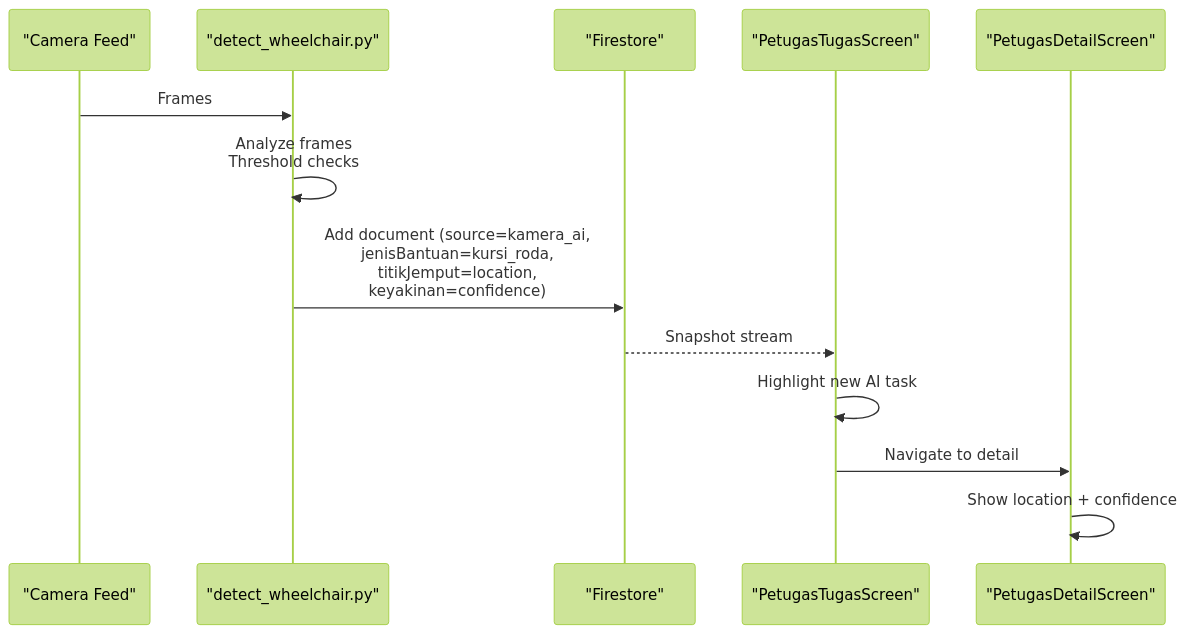
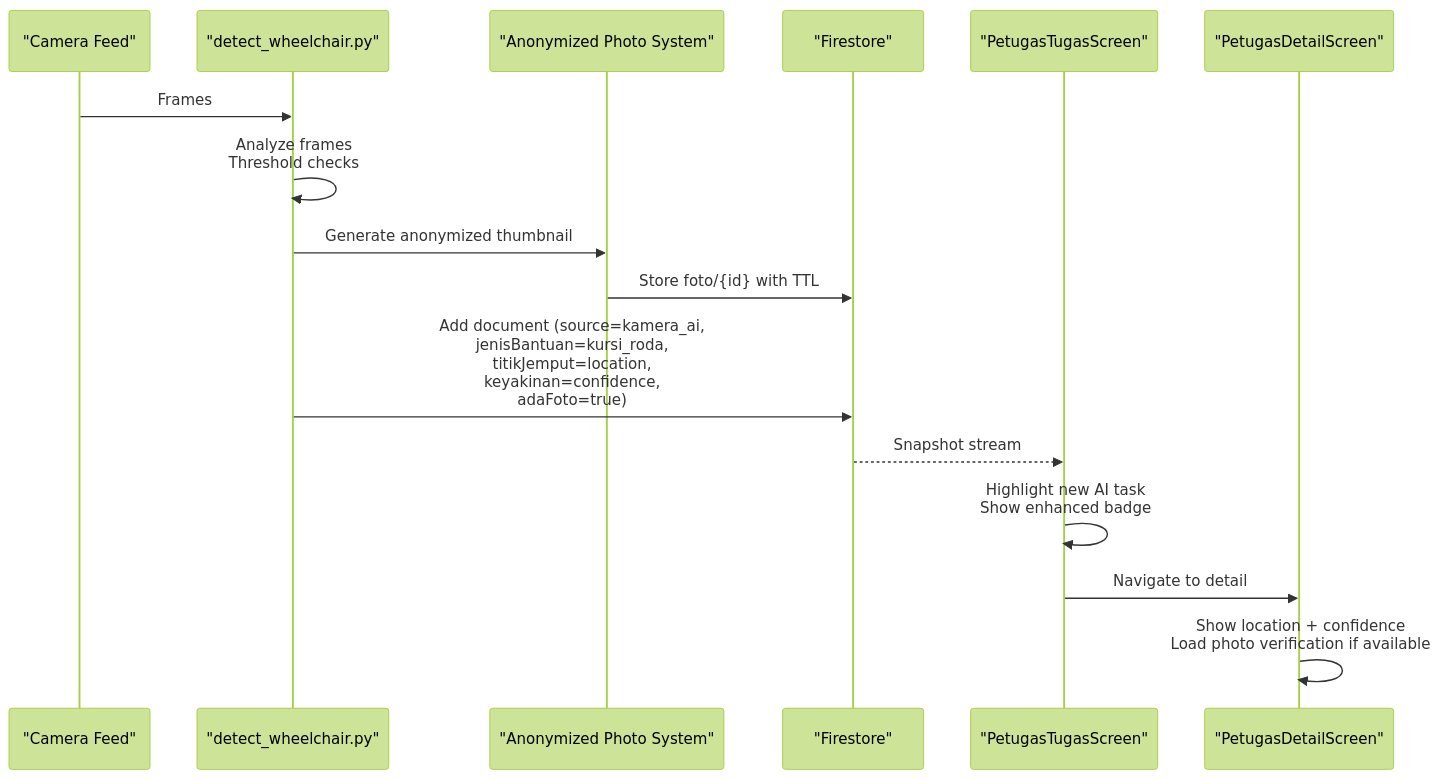
The seventh of 10 diagrams in .qoder/repowiki/en/content/Mobile Application/Staff Workflow/Staff Workflow.md (rdsarjito/whoosh-ramah), drawn with Mermaid (forest theme) before and after one commit. The commit also changed other lines of this file and 68 other files, not shown here.

````diff
--- a/.qoder/repowiki/en/content/Mobile Application/Staff Workflow/Staff Workflow.md
+++ b/.qoder/repowiki/en/content/Mobile Application/Staff Workflow/Staff Workflow.md
@@ -407,15 +466,18 @@
 ```mermaid
 sequenceDiagram
 participant Camera as "Camera Feed"
 participant Detector as "detect_wheelchair.py"
+participant PhotoSys as "Anonymized Photo System"
 participant DB as "Firestore"
 participant ListUI as "PetugasTugasScreen"
 participant DetailUI as "PetugasDetailScreen"
 Camera->>Detector : Frames
 Detector->>Detector : Analyze frames<br/>Threshold checks
-Detector->>DB : Add document (source=kamera_ai,<br/>jenisBantuan=kursi_roda,<br/>titikJemput=location,<br/>keyakinan=confidence)
+Detector->>PhotoSys : Generate anonymized thumbnail
+PhotoSys->>DB : Store foto/{id} with TTL
+Detector->>DB : Add document (source=kamera_ai,<br/>jenisBantuan=kursi_roda,<br/>titikJemput=location,<br/>keyakinan=confidence,<br/>adaFoto=true)
 DB-->>ListUI : Snapshot stream
-ListUI->>ListUI : Highlight new AI task
+ListUI->>ListUI : Highlight new AI task<br/>Show enhanced badge
 ListUI->>DetailUI : Navigate to detail
-DetailUI->>DetailUI : Show location + confidence
+DetailUI->>DetailUI : Show location + confidence<br/>Load photo verification if available
 ```
````
